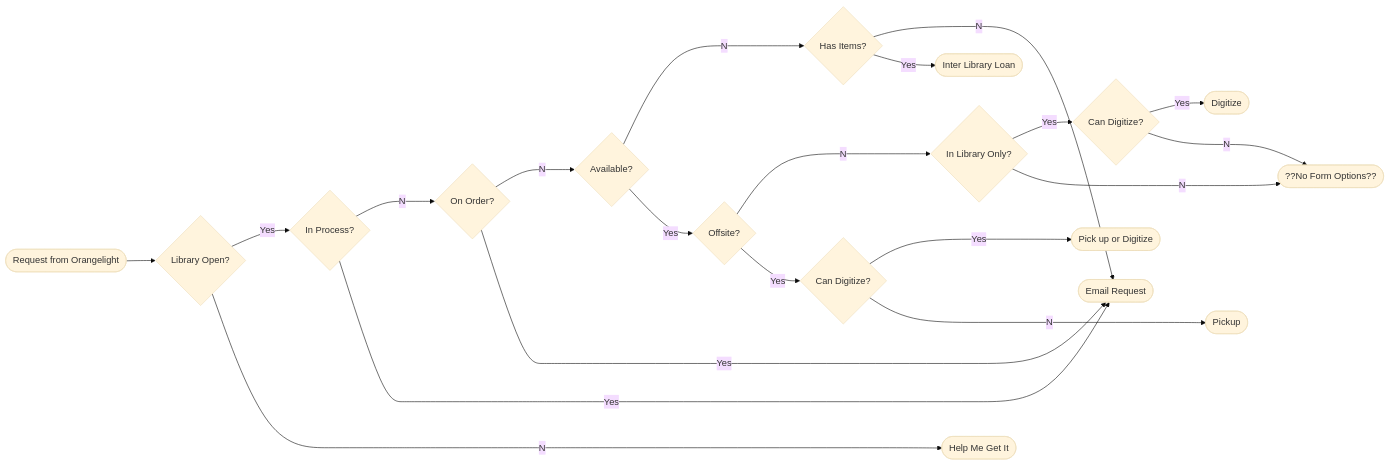
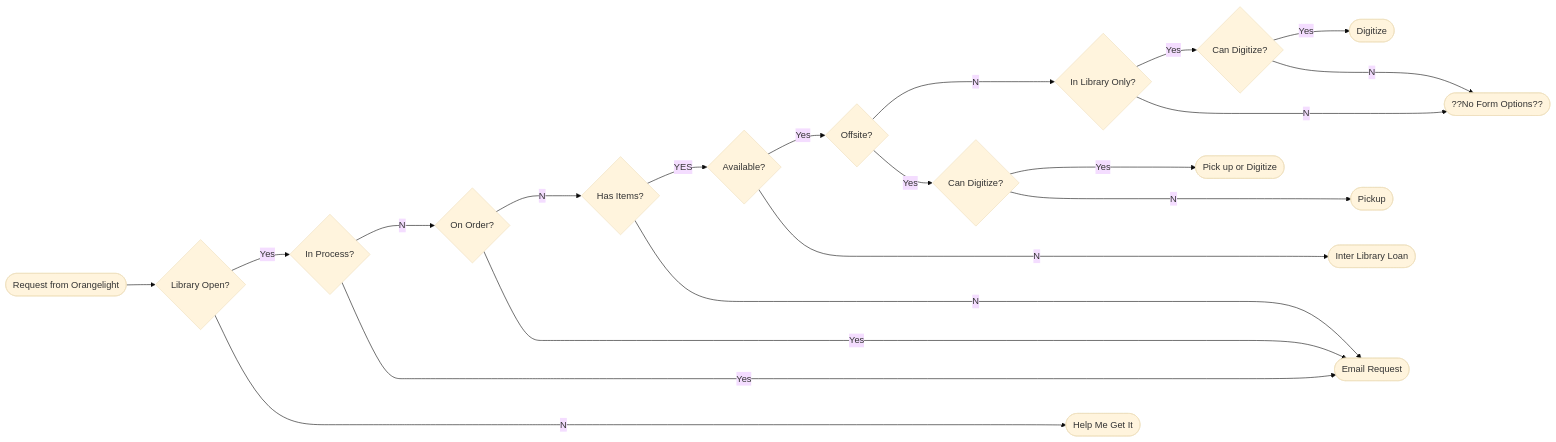
Before and after one commit to pulibrary/requests: the diagram in docs/request_form_diagram.md, drawn with Mermaid (base theme).

Commit message:
Moved has_items earlier before available

````diff
--- a/docs/request_form_diagram.md
+++ b/docs/request_form_diagram.md
@@ -1,22 +1,22 @@
 ```mermaid
 graph LR;
 REQ([Request from Orangelight])-->OPEN{Library Open?}
 OPEN--Yes-->INPROCESS{In Process?}
-OPEN--No-------->HELP([Help Me Get It])
+OPEN--No--------->HELP([Help Me Get It])
 INPROCESS--No-->ONORDER{On Order?}
 INPROCESS--Yes-->EMAIL([Email Request])
-ONORDER--No-->AVAIL{Available?}
-AVAIL--No-->ITEMS{Has Items?}
+ONORDER--No-->ITEMS{Has Items?}
+ITEMS--YES-->AVAIL{Available?}
 AVAIL--Yes-->OFFSITE{"Offsite?"}
-ITEMS--No-->EMAIL
+ITEMS--No------>EMAIL
 ONORDER--Yes-->EMAIL
-ITEMS--Yes-->ILL([Inter Library Loan])
+AVAIL--No----->ILL([Inter Library Loan])
 OFFSITE--No-->INLIB{In Library Only?}
 INLIB--Yes-->DIG{Can Digitize?}
 DIG--Yes-->L([Digitize])
 DIG--No-->NOOPT([??No Form Options?? ])
 INLIB--No-->NOOPT
 OFFSITE--Yes-->OFFSITEDIG{Can Digitize?}
 OFFSITEDIG--Yes--->PICKDIG([Pick up or Digitize])
 OFFSITEDIG--No--->PICK([Pickup])
 ```
````
